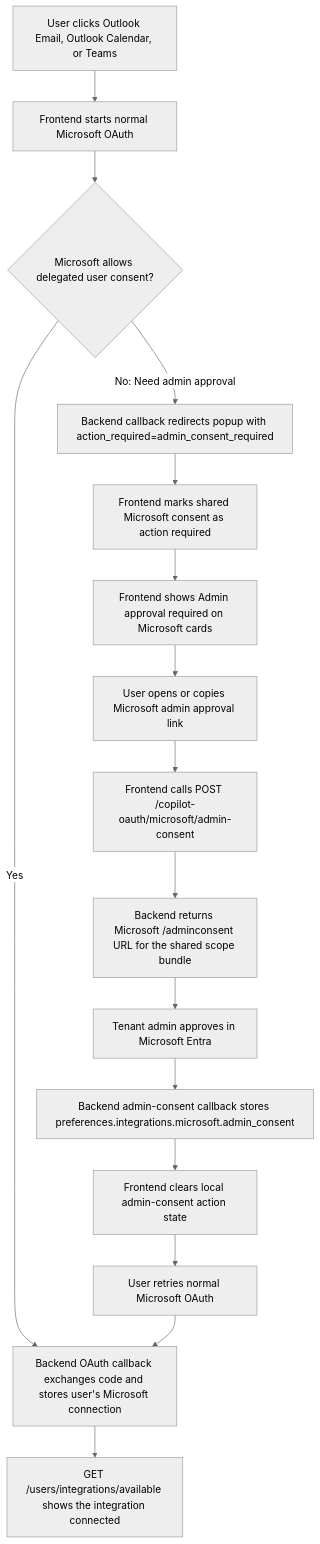
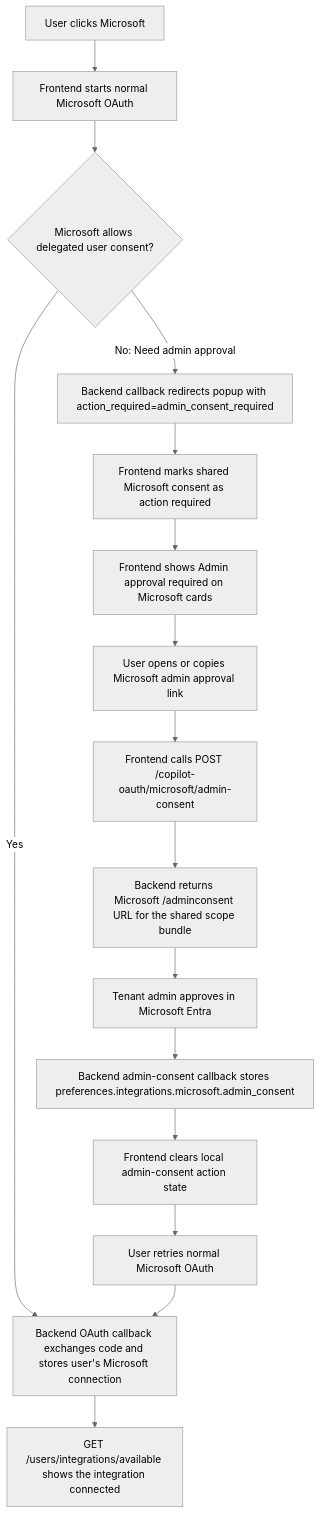
One commit to CopilotGTM/copilot-backend changed the first of 2 diagrams in docs/API Documentation/integrations-api.md. Above: the diagram before and after it, drawn with Mermaid (neutral theme). The commit also changed other lines of this file and 38 other files, not shown here.

````diff
--- a/docs/API Documentation/integrations-api.md
+++ b/docs/API Documentation/integrations-api.md
@@ -1166,18 +1166,18 @@
 ```mermaid
 flowchart TD
-    A[User clicks Outlook Email, Outlook Calendar, or Teams] --> B[Frontend starts normal Microsoft OAuth]
+    A[User clicks Microsoft] --> B[Frontend starts normal Microsoft OAuth]
     B --> C{Microsoft allows delegated user consent?}
     C -->|Yes| D[Backend OAuth callback exchanges code and stores user's Microsoft connection]
     D --> E[GET /users/integrations/available shows the integration connected]
     C -->|No: Need admin approval| F[Backend callback redirects popup with action_required=admin_consent_required]
     F --> G[Frontend marks shared Microsoft consent as action required]
     G --> H[Frontend shows Admin approval required on Microsoft cards]
     H --> I[User opens or copies Microsoft admin approval link]
     I --> J[Frontend calls POST /copilot-oauth/microsoft/admin-consent]
     J --> K[Backend returns Microsoft /adminconsent URL for the shared scope bundle]
     K --> L[Tenant admin approves in Microsoft Entra]
     L --> M[Backend admin-consent callback stores preferences.integrations.microsoft.admin_consent]
     M --> N[Frontend clears local admin-consent action state]
     N --> O[User retries normal Microsoft OAuth]
     O --> D
 ```
````
